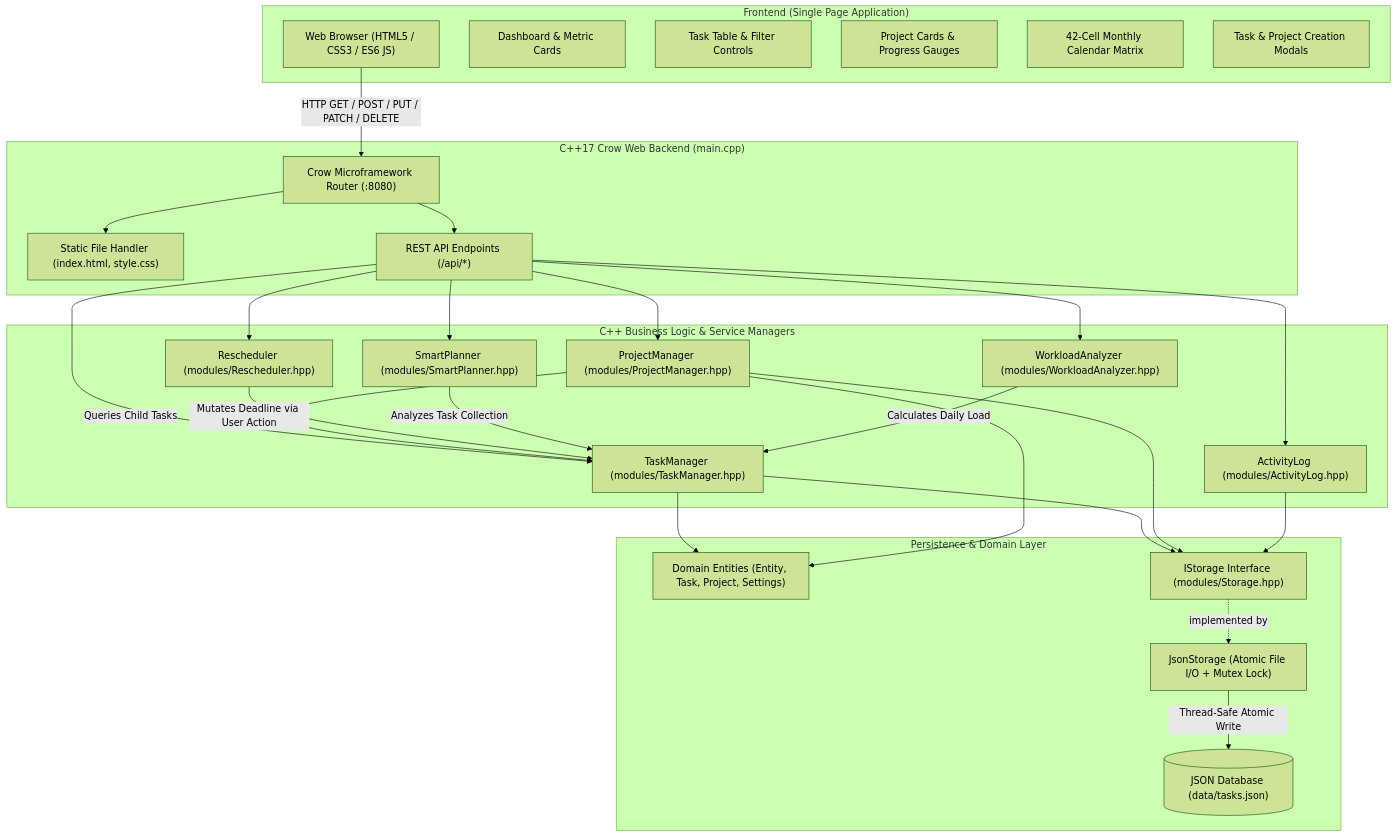
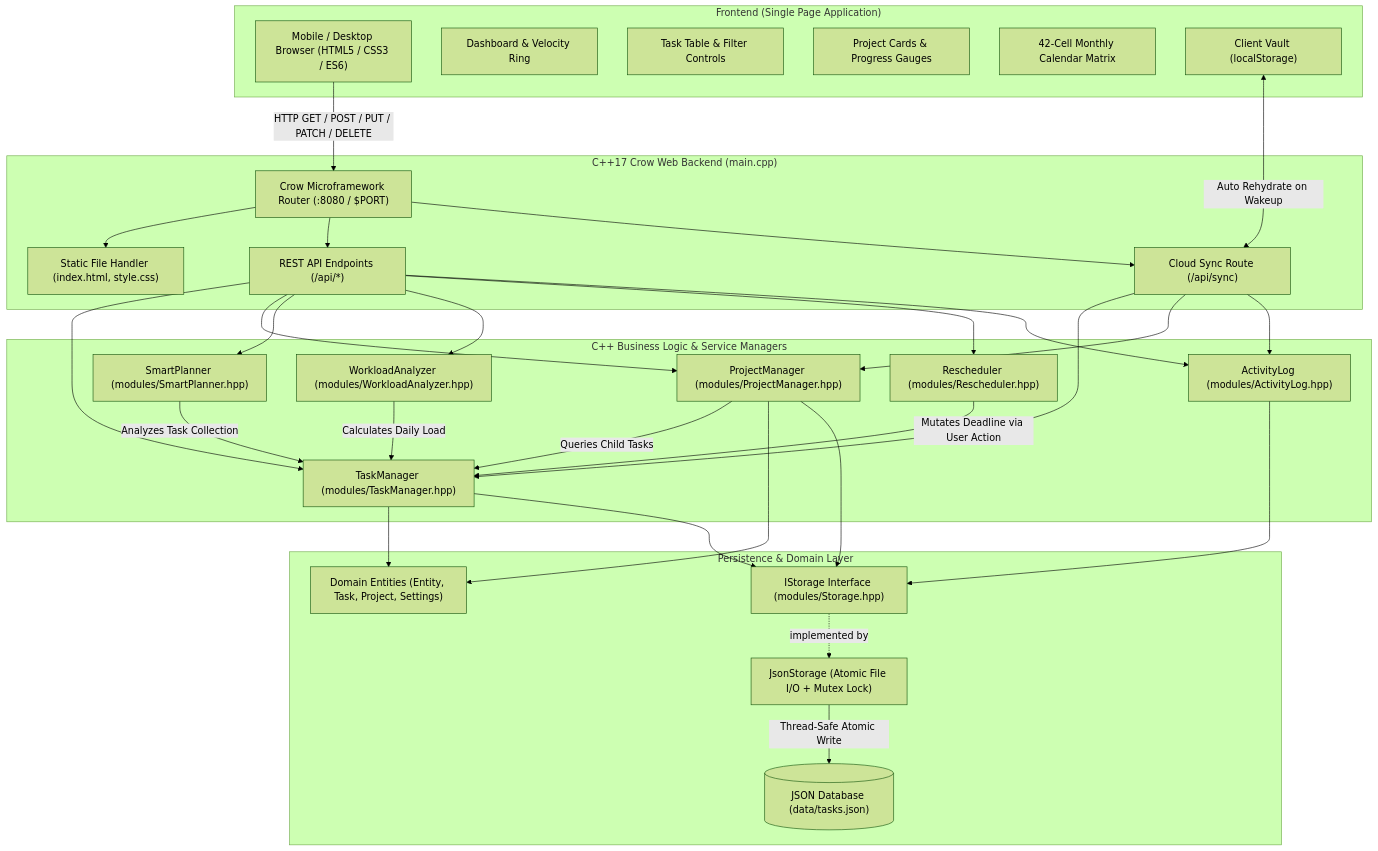
One commit to adityaph-17/TASK-MANAGEMENT-SYSTEM changed the first of 4 diagrams in README.md. Above: the diagram before and after it, drawn with Mermaid (forest theme). The commit also changed other lines of this file and 1 other file, not shown here.

Commit message:
Overhaul README with Engineering FAQ and technical architecture deep-dive

````diff
--- a/README.md
+++ b/README.md
@@ -101,57 +100,64 @@
 ```mermaid
 flowchart TD
     subgraph Client ["Frontend (Single Page Application)"]
-        UI["Web Browser (HTML5 / CSS3 / ES6 JS)"]
-        DashView["Dashboard & Metric Cards"]
+        UI["Mobile / Desktop Browser (HTML5 / CSS3 / ES6)"]
+        DashView["Dashboard & Velocity Ring"]
         TaskView["Task Table & Filter Controls"]
         ProjView["Project Cards & Progress Gauges"]
         CalView["42-Cell Monthly Calendar Matrix"]
-        ModalView["Task & Project Creation Modals"]
+        Vault["Client Vault (localStorage)"]
     end
 
     subgraph Server ["C++17 Crow Web Backend (main.cpp)"]
-        CrowApp["Crow Microframework Router (:8080)"]
+        CrowApp["Crow Microframework Router (:8080 / $PORT)"]
         StaticServer["Static File Handler (index.html, style.css)"]
         RestEndpoints["REST API Endpoints (/api/*)"]
+        SyncRoute["Cloud Sync Route (/api/sync)"]
     end
 
     subgraph ServiceLayer ["C++ Business Logic & Service Managers"]
         TM["TaskManager (modules/TaskManager.hpp)"]
         PM["ProjectManager (modules/ProjectManager.hpp)"]
         SP["SmartPlanner (modules/SmartPlanner.hpp)"]
         WA["WorkloadAnalyzer (modules/WorkloadAnalyzer.hpp)"]
         RS["Rescheduler (modules/Rescheduler.hpp)"]
         AL["ActivityLog (modules/ActivityLog.hpp)"]
     end
 
     subgraph StorageLayer ["Persistence & Domain Layer"]
         ModelDefs["Domain Entities (Entity, Task, Project, Settings)"]
         StorageInterface["IStorage Interface (modules/Storage.hpp)"]
         JsonStorage["JsonStorage (Atomic File I/O + Mutex Lock)"]
         DataFile[("JSON Database (data/tasks.json)")]
     end
 
     UI -->|HTTP GET / POST / PUT / PATCH / DELETE| CrowApp
     CrowApp --> StaticServer
     CrowApp --> RestEndpoints
+    CrowApp --> SyncRoute
     RestEndpoints --> TM
     RestEndpoints --> PM
     RestEndpoints --> SP
     RestEndpoints --> WA
     RestEndpoints --> RS
     RestEndpoints --> AL
+
+    SyncRoute --> TM
+    SyncRoute --> PM
+    SyncRoute --> AL
+    Vault <-->|Auto Rehydrate on Wakeup| SyncRoute
 
     PM -->|Queries Child Tasks| TM
     RS -->|Mutates Deadline via User Action| TM
     SP -->|Analyzes Task Collection| TM
     WA -->|Calculates Daily Load| TM
 
     TM --> ModelDefs
     PM --> ModelDefs
     TM --> StorageInterface
     PM --> StorageInterface
     AL --> StorageInterface
 
     StorageInterface -.->|implemented by| JsonStorage
     JsonStorage -->|Thread-Safe Atomic Write| DataFile
 ```
````
